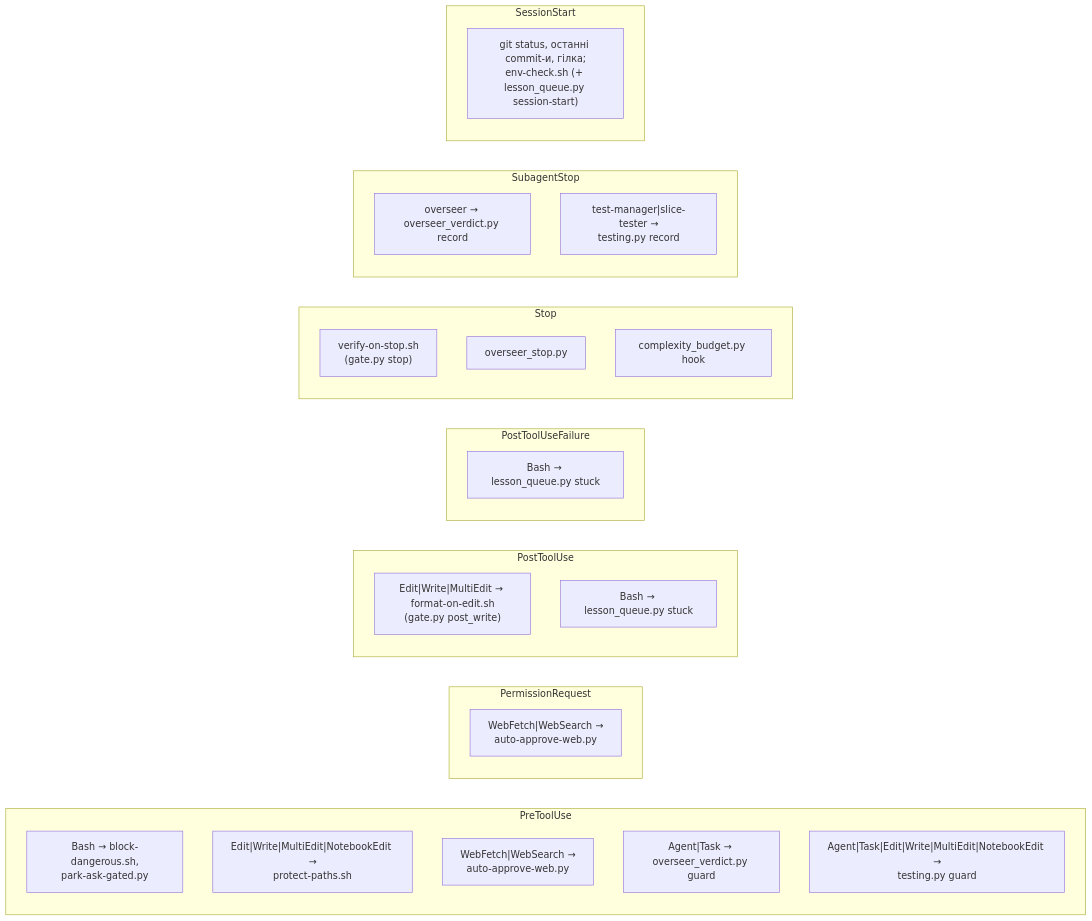
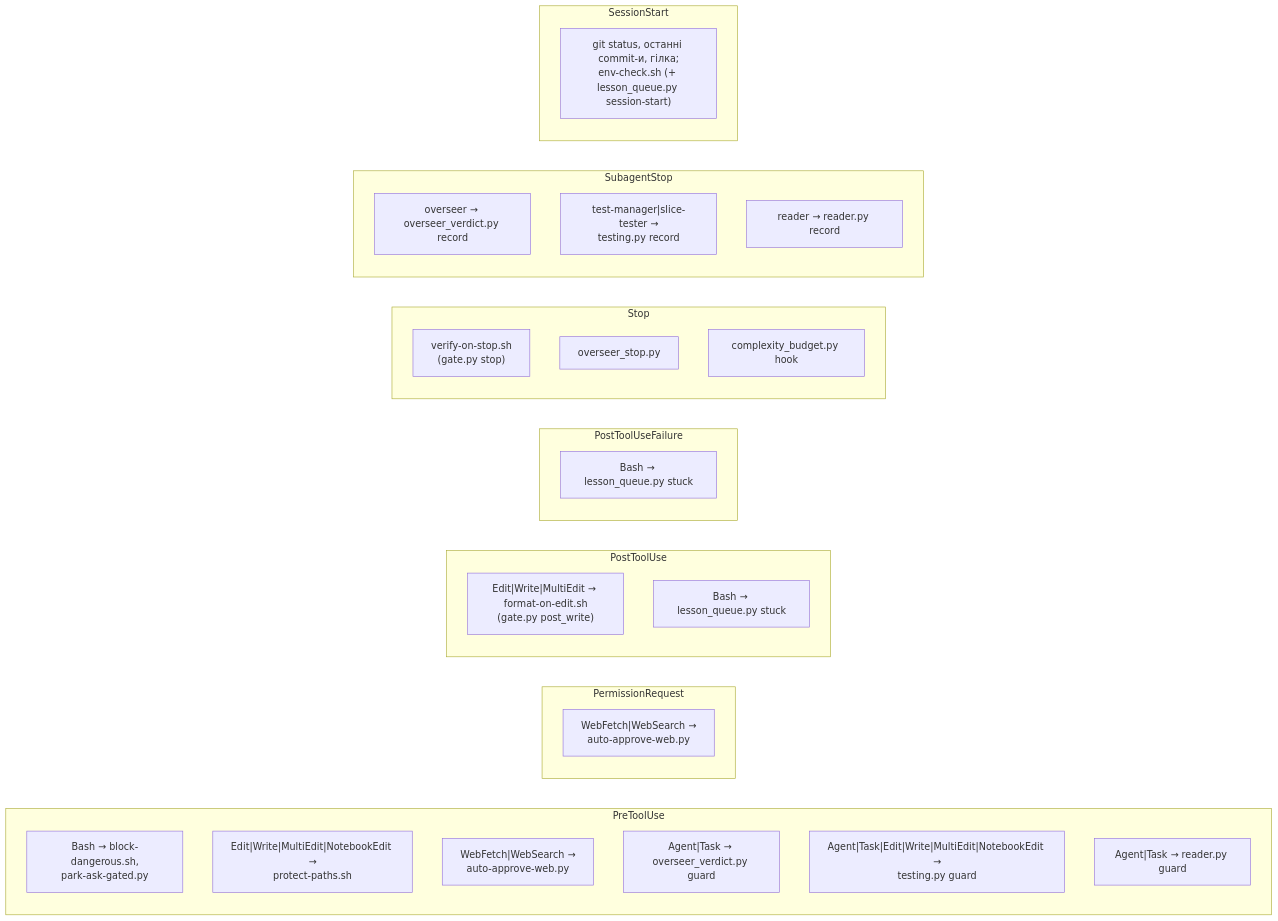
One commit to Tolkoton/claude-cli-config changed the third of 3 diagrams in docs/ARCHITECTURE.md. Above: the diagram before and after it, drawn with Mermaid. The commit also changed other lines of this file and 52 other files, not shown here.

````diff
--- a/docs/ARCHITECTURE.md
+++ b/docs/ARCHITECTURE.md
@@ -115,32 +115,34 @@
 ```mermaid
 flowchart LR
     subgraph PreToolUse
         b1["Bash → block-dangerous.sh,<br/>park-ask-gated.py"]
         b2["Edit|Write|MultiEdit|NotebookEdit →<br/>protect-paths.sh"]
         b3["WebFetch|WebSearch →<br/>auto-approve-web.py"]
         b4["Agent|Task → overseer_verdict.py guard"]
         b5["Agent|Task|Edit|Write|MultiEdit|NotebookEdit →<br/>testing.py guard"]
+        b6["Agent|Task → reader.py guard"]
     end
     subgraph PermissionRequest
         r1["WebFetch|WebSearch →<br/>auto-approve-web.py"]
     end
     subgraph PostToolUse
         p1["Edit|Write|MultiEdit → format-on-edit.sh<br/>(gate.py post_write)"]
         p2["Bash → lesson_queue.py stuck"]
     end
     subgraph PostToolUseFailure
         f1["Bash → lesson_queue.py stuck"]
     end
     subgraph Stop
         s1["verify-on-stop.sh<br/>(gate.py stop)"]
         s2["overseer_stop.py"]
         s3["complexity_budget.py hook"]
     end
     subgraph SubagentStop
         a1["overseer → overseer_verdict.py record"]
         a2["test-manager|slice-tester →<br/>testing.py record"]
+        a3["reader → reader.py record"]
     end
     subgraph SessionStart
         e1["git status, останні commit-и, гілка;<br/>env-check.sh (+ lesson_queue.py session-start)"]
     end
 ```
````
